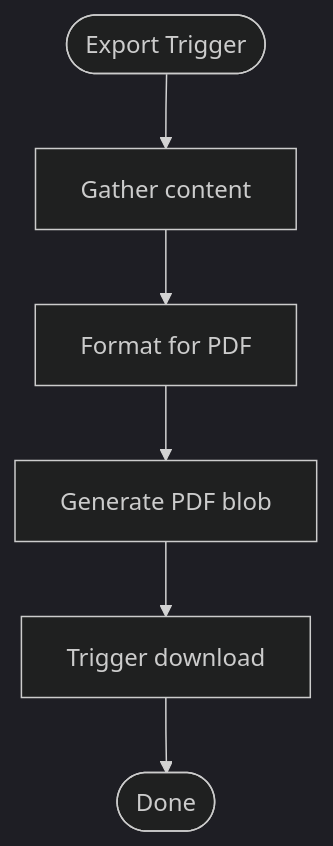
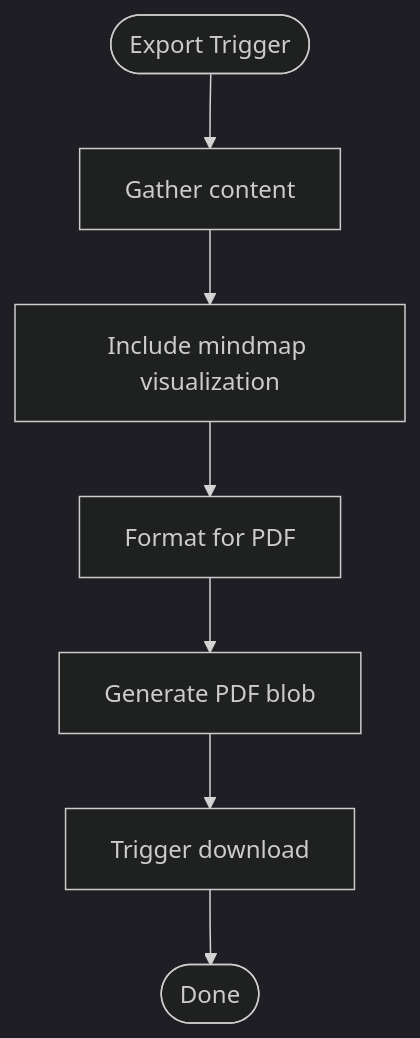
Before and after one commit to zmyeo54/briefroom: the ninth of 10 diagrams in .qoder/repowiki/en/content/Core Features/Mindmap Visualization.md, drawn with Mermaid (dark theme). The commit also changed other lines of this file and 32 other files, not shown here.

````diff
--- a/.qoder/repowiki/en/content/Core Features/Mindmap Visualization.md
+++ b/.qoder/repowiki/en/content/Core Features/Mindmap Visualization.md
@@ -424,8 +513,9 @@
 ```mermaid
 flowchart TD
 Start(["Export Trigger"]) --> Gather["Gather content"]
-Gather --> Format["Format for PDF"]
+Gather --> IncludeMindmap["Include mindmap visualization"]
+IncludeMindmap --> Format["Format for PDF"]
 Format --> Generate["Generate PDF blob"]
 Generate --> Download["Trigger download"]
 Download --> End(["Done"])
 ```
````
